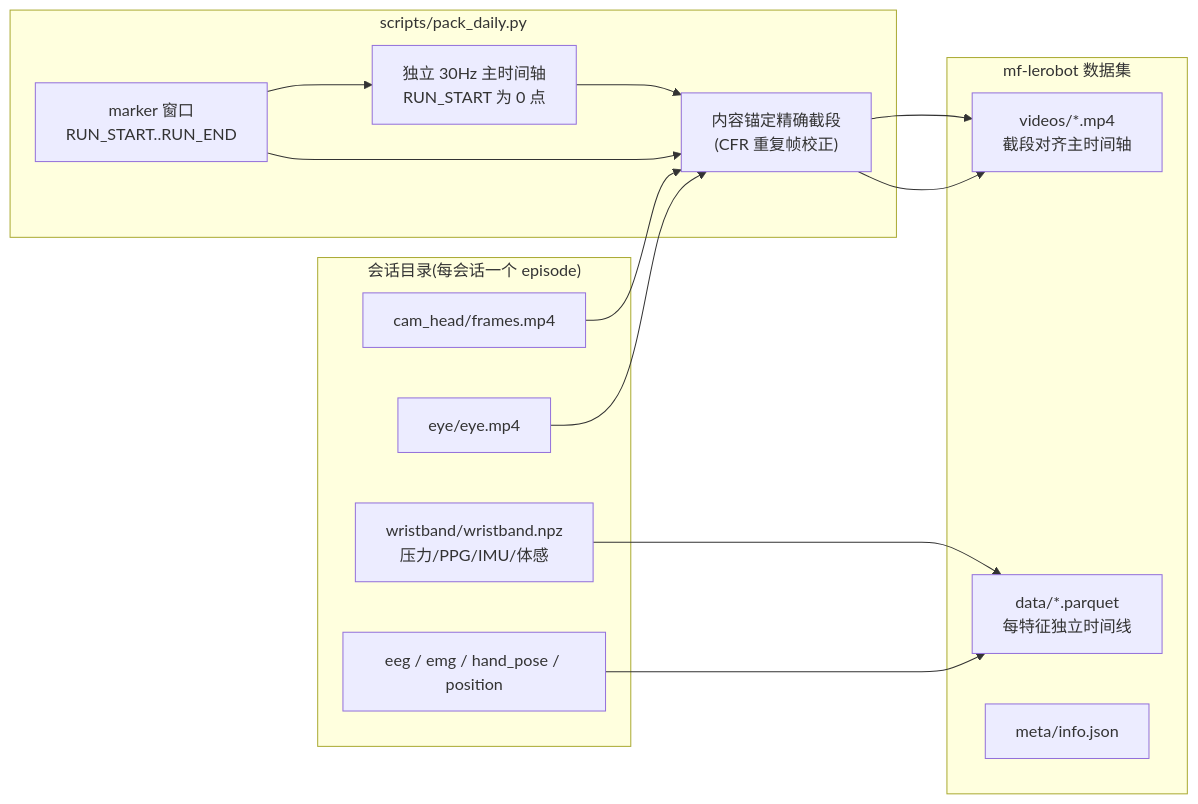
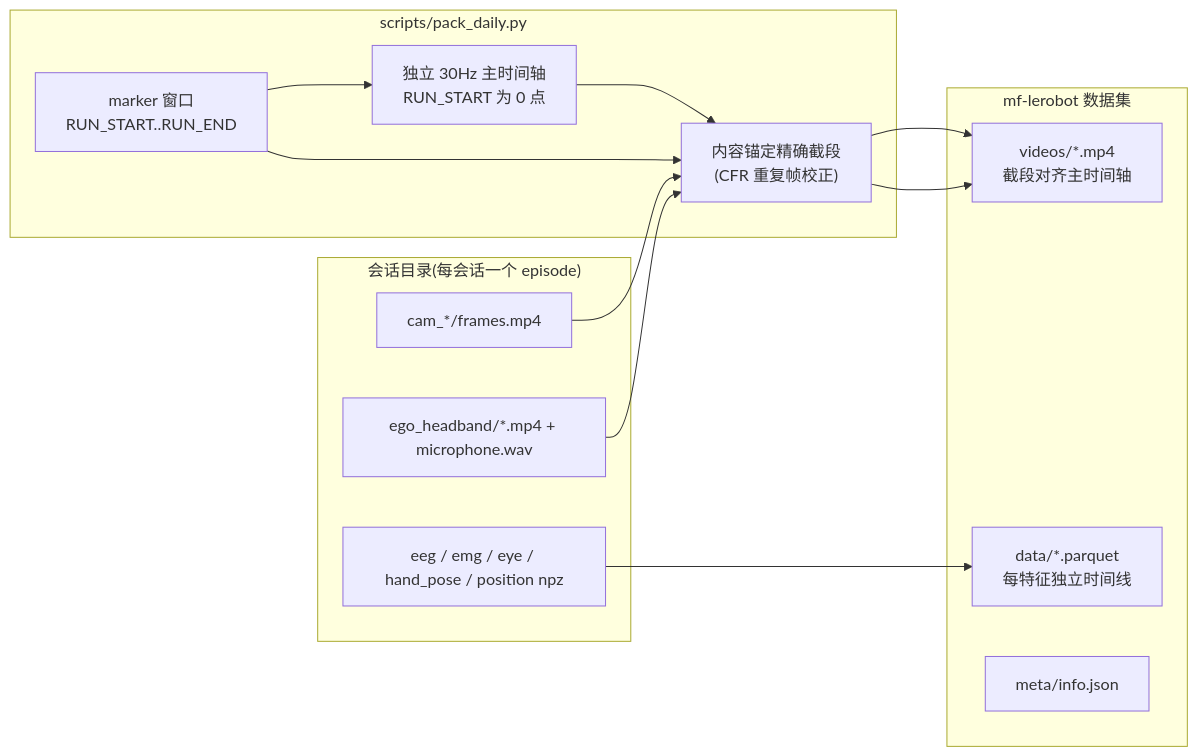
Before and after one commit to Koorye/Embodied-Brain-Collect: the sixth of 7 diagrams in README.md, drawn with Mermaid. The commit also changed other lines of this file, not shown here.

````diff
--- a/README.md
+++ b/README.md
@@ -413,26 +522,24 @@
 ```mermaid
 flowchart LR
     subgraph SESS["会话目录(每会话一个 episode)"]
-        V1["cam_head/frames.mp4"]
-        V2["eye/eye.mp4"]
-        W1["wristband/wristband.npz<br/>压力/PPG/IMU/体感"]
-        P1["eeg / emg / hand_pose / position"]
+        V1["cam_*/frames.mp4"]
+        V2["ego_headband/*.mp4 + microphone.wav"]
+        W1["eeg / emg / eye / hand_pose / position npz"]
     end
     subgraph PACK["scripts/pack_daily.py"]
         M["marker 窗口<br/>RUN_START..RUN_END"]
         T["独立 30Hz 主时间轴<br/>RUN_START 为 0 点"]
         A["内容锚定精确截段<br/>(CFR 重复帧校正)"]
     end
     subgraph OUT["mf-lerobot 数据集"]
         O1["videos/*.mp4<br/>截段对齐主时间轴"]
         O2["data/*.parquet<br/>每特征独立时间线"]
         O3["meta/info.json"]
     end
     V1 --> A --> O1
     V2 --> A --> O1
     W1 --> O2
-    P1 --> O2
     M --> T
     M --> A
     T --> A
 ```
````
